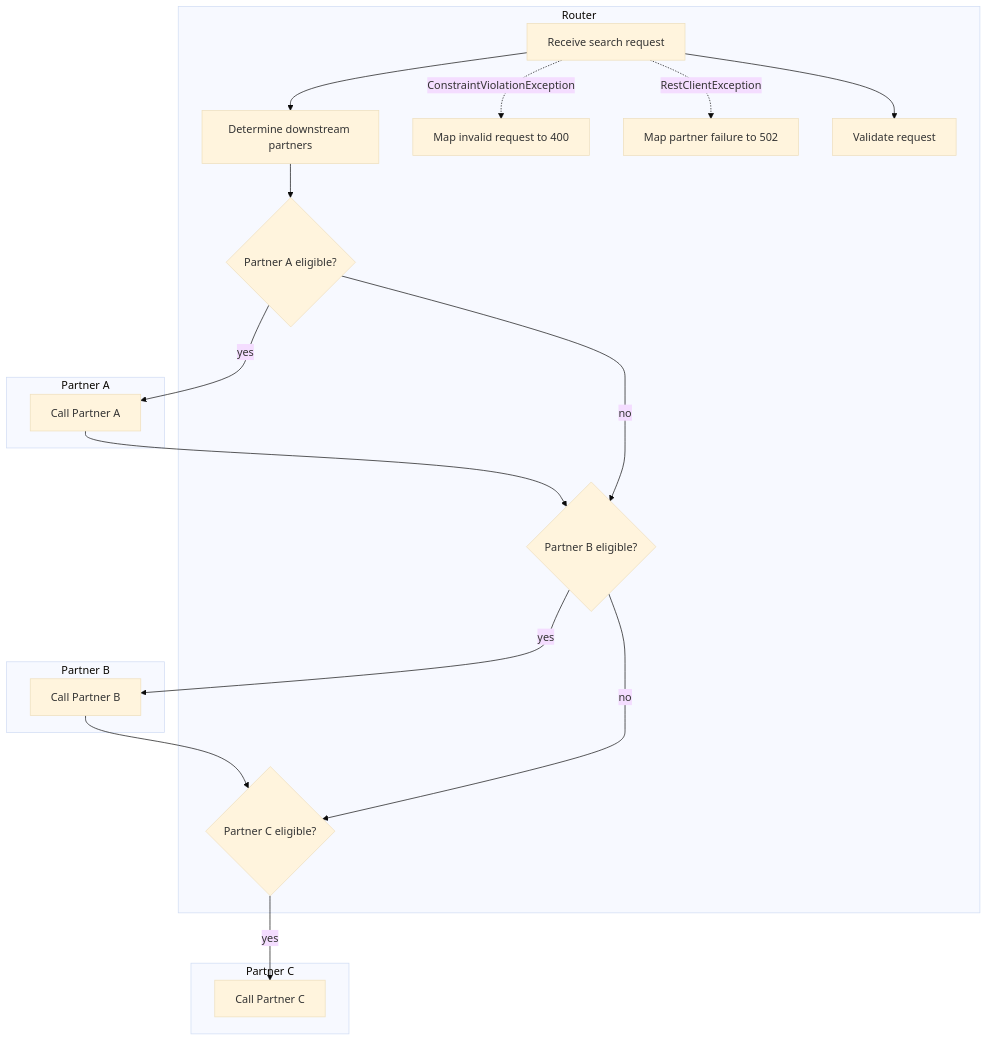
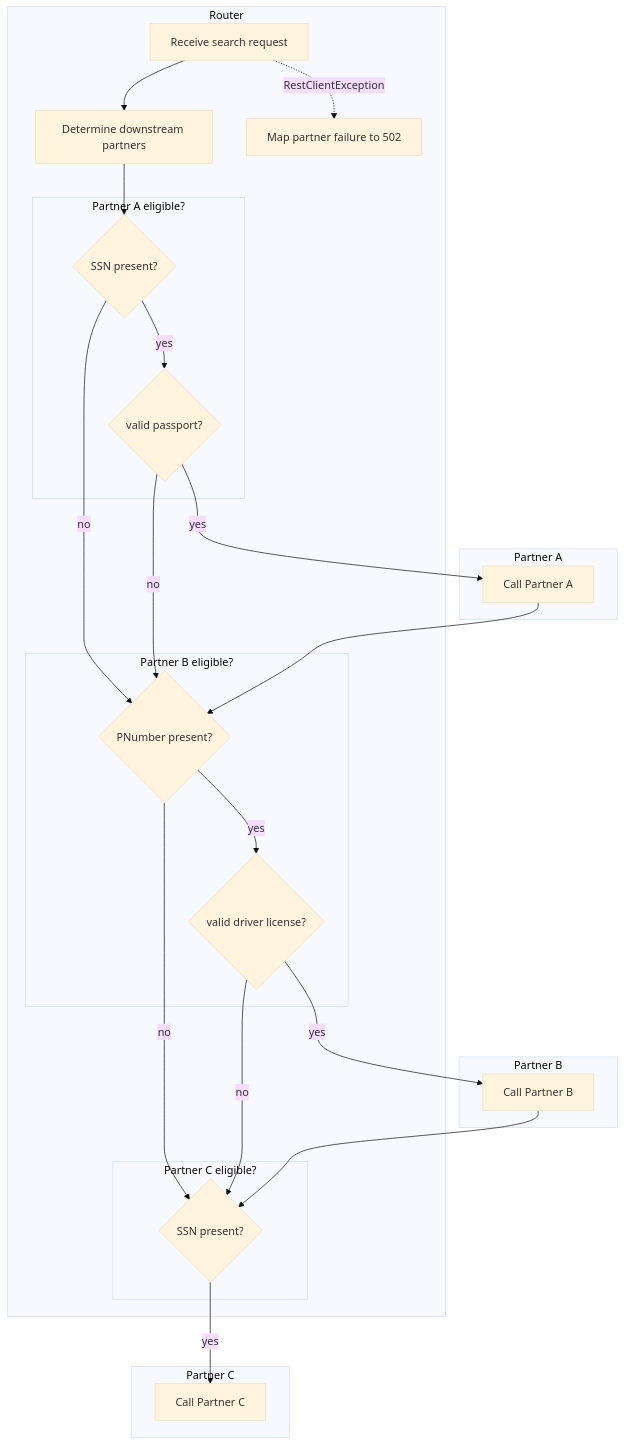
Before and after one commit to jwdomes/automockit: the diagram in main-app/docs/README.md, drawn with Mermaid (base theme). The commit also changed other lines of this file and 106 other files, not shown here.

First line of the commit message:
Extract flow docs into add-only library modules; switch Gradle to Groovy

````diff
--- a/main-app/docs/README.md
+++ b/main-app/docs/README.md
@@ -8,34 +8,42 @@
 ```mermaid
 flowchart TD
-    subgraph ROUTER["Router"]
-        determine_downstream_partners["Determine downstream partners"]
-        map_invalid_request_to_400["Map invalid request to 400"]
-        map_partner_failure_to_502["Map partner failure to 502"]
-        partner_a_eligible{"Partner A eligible?"}
-        partner_b_eligible{"Partner B eligible?"}
-        partner_c_eligible{"Partner C eligible?"}
-        receive_search_request["Receive search request"]
-        validate_request["Validate request"]
-    end
     subgraph PARTNER_A["Partner A"]
         call_partner_a["Call Partner A"]
     end
     subgraph PARTNER_B["Partner B"]
         call_partner_b["Call Partner B"]
     end
     subgraph PARTNER_C["Partner C"]
         call_partner_c["Call Partner C"]
     end
-    call_partner_a --> partner_b_eligible
-    call_partner_b --> partner_c_eligible
-    determine_downstream_partners --> partner_a_eligible
-    partner_a_eligible -->|no| partner_b_eligible
-    partner_a_eligible -->|yes| call_partner_a
-    partner_b_eligible -->|no| partner_c_eligible
-    partner_b_eligible -->|yes| call_partner_b
-    partner_c_eligible -->|yes| call_partner_c
+    subgraph ROUTER["Router"]
+        determine_downstream_partners["Determine downstream partners"]
+        map_partner_failure_to_502["Map partner failure to 502"]
+        subgraph partner_a_eligible["Partner A eligible?"]
+            partner_a_eligible__ssn_present{"SSN present?"}
+            partner_a_eligible__valid_passport{"valid passport?"}
+        end
+        subgraph partner_b_eligible["Partner B eligible?"]
+            partner_b_eligible__pnumber_present{"PNumber present?"}
+            partner_b_eligible__valid_driver_license{"valid driver license?"}
+        end
+        subgraph partner_c_eligible["Partner C eligible?"]
+            partner_c_eligible__ssn_present{"SSN present?"}
+        end
+        receive_search_request["Receive search request"]
+    end
+    call_partner_a --> partner_b_eligible__pnumber_present
+    call_partner_b --> partner_c_eligible__ssn_present
+    determine_downstream_partners --> partner_a_eligible__ssn_present
+    partner_a_eligible__ssn_present -->|no| partner_b_eligible__pnumber_present
+    partner_a_eligible__ssn_present -->|yes| partner_a_eligible__valid_passport
+    partner_a_eligible__valid_passport -->|no| partner_b_eligible__pnumber_present
+    partner_a_eligible__valid_passport -->|yes| call_partner_a
+    partner_b_eligible__pnumber_present -->|no| partner_c_eligible__ssn_present
+    partner_b_eligible__pnumber_present -->|yes| partner_b_eligible__valid_driver_license
+    partner_b_eligible__valid_driver_license -->|no| partner_c_eligible__ssn_present
+    partner_b_eligible__valid_driver_license -->|yes| call_partner_b
+    partner_c_eligible__ssn_present -->|yes| call_partner_c
     receive_search_request --> determine_downstream_partners
-    receive_search_request --> validate_request
-    receive_search_request -.->|"ConstraintViolationException"| map_invalid_request_to_400
     receive_search_request -.->|"RestClientException"| map_partner_failure_to_502
 ```
````
